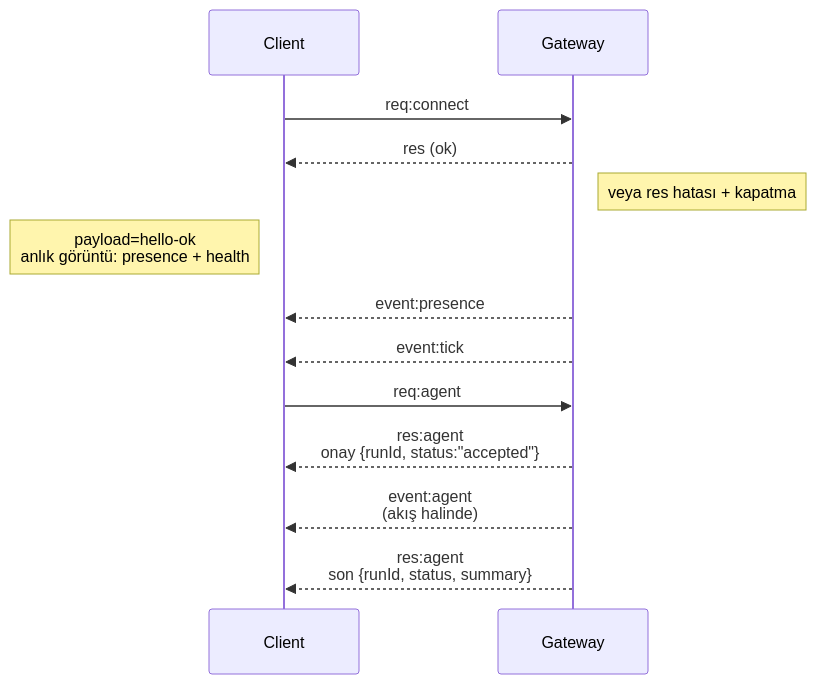
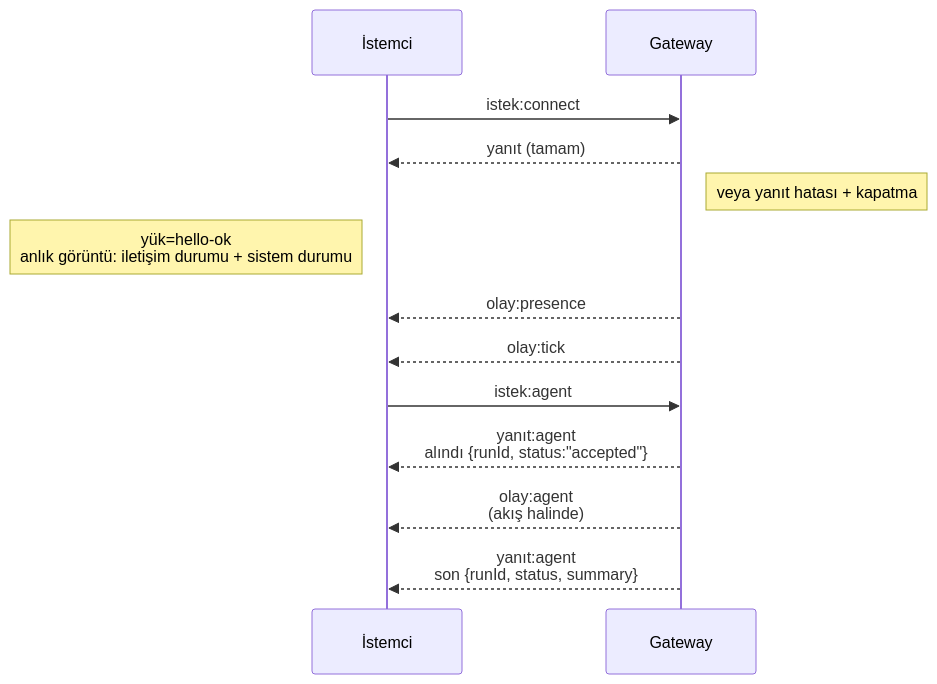
One commit to is0383kk/ai-docs-sync-workflow changed the diagram in openclaw-docs/tr/concepts/architecture.md. Above: the diagram before and after it, drawn with Mermaid. The commit also changed other lines of this file and 11096 other files, not shown here.

````diff
--- a/openclaw-docs/tr/concepts/architecture.md
+++ b/openclaw-docs/tr/concepts/architecture.md
@@ -58,18 +59,18 @@
 ```mermaid
 sequenceDiagram
-    participant Client
+    participant İstemci
     participant Gateway
 
-    Client->>Gateway: req:connect
-    Gateway-->>Client: res (ok)
-    Note right of Gateway: veya res hatası + kapatma
-    Note left of Client: payload=hello-ok<br>anlık görüntü: presence + health
+    İstemci->>Gateway: istek:connect
+    Gateway-->>İstemci: yanıt (tamam)
+    Note right of Gateway: veya yanıt hatası + kapatma
+    Note left of İstemci: yük=hello-ok<br>anlık görüntü: iletişim durumu + sistem durumu
 
-    Gateway-->>Client: event:presence
-    Gateway-->>Client: event:tick
+    Gateway-->>İstemci: olay:presence
+    Gateway-->>İstemci: olay:tick
 
-    Client->>Gateway: req:agent
-    Gateway-->>Client: res:agent<br>onay {runId, status:"accepted"}
-    Gateway-->>Client: event:agent<br>(akış halinde)
-    Gateway-->>Client: res:agent<br>son {runId, status, summary}
+    İstemci->>Gateway: istek:agent
+    Gateway-->>İstemci: yanıt:agent<br>alındı {runId, status:"accepted"}
+    Gateway-->>İstemci: olay:agent<br>(akış halinde)
+    Gateway-->>İstemci: yanıt:agent<br>son {runId, status, summary}
 ```
````
